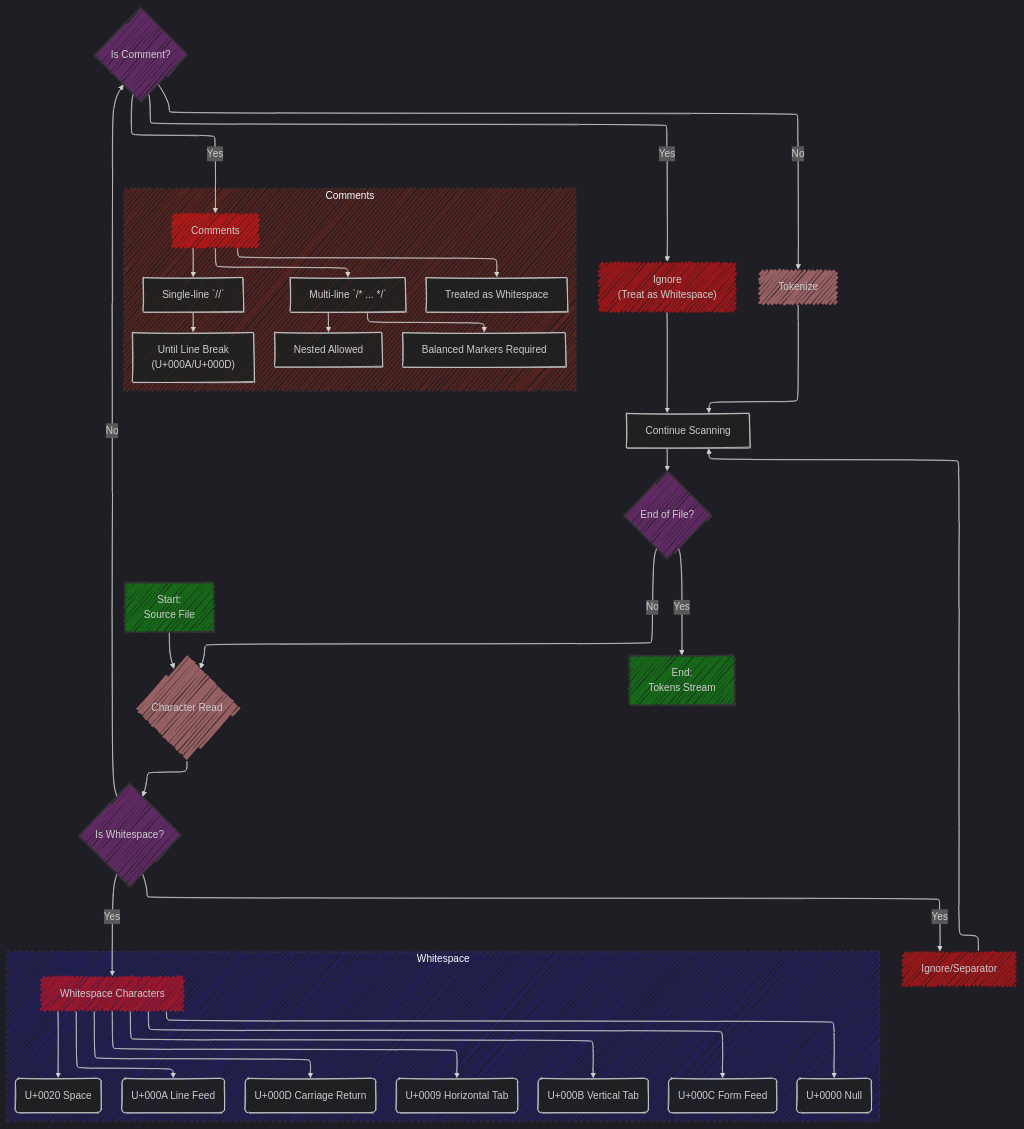
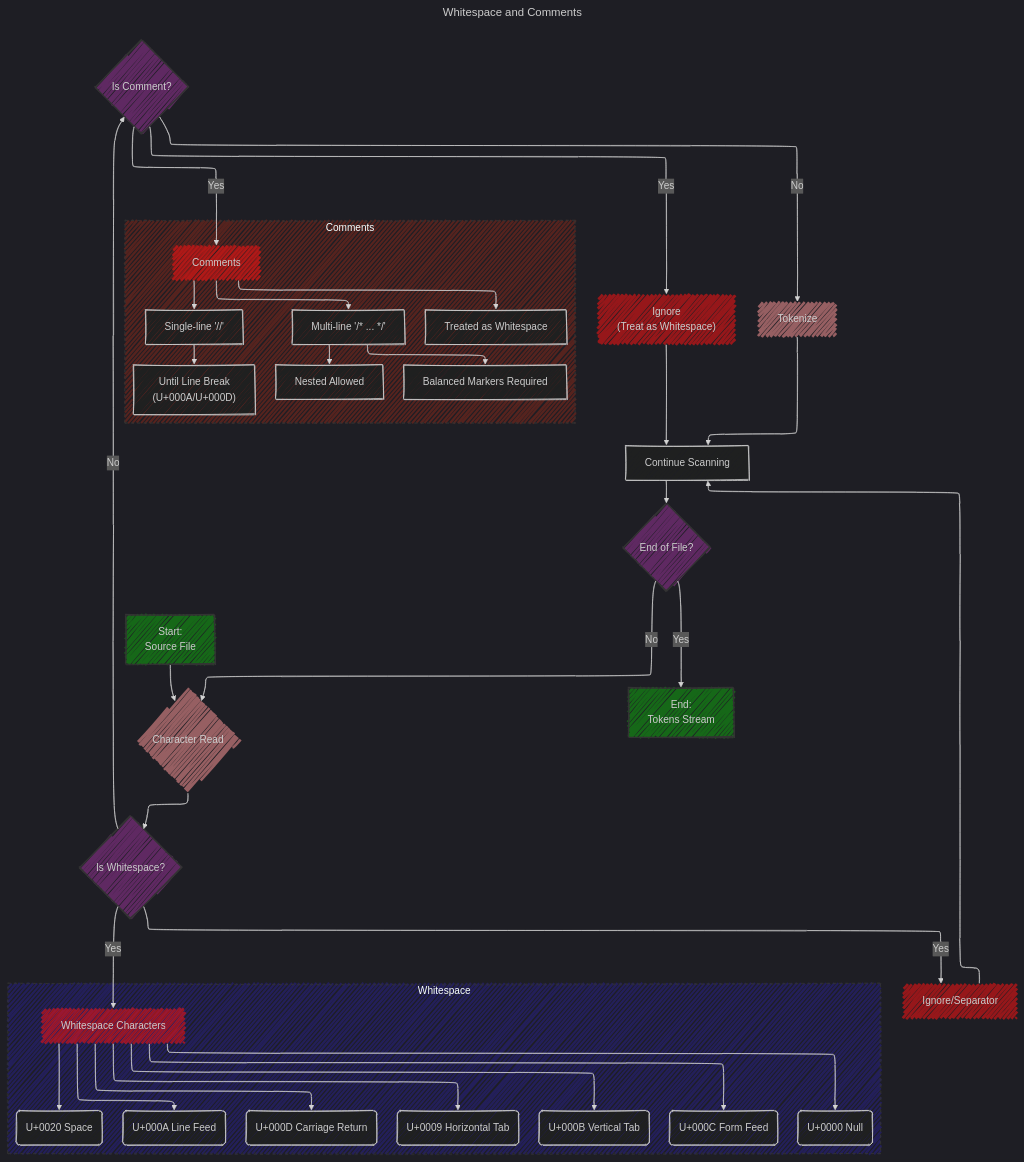
The second of 7 diagrams in Swift_book/Lexical_Structure_V1.md (CongLeSolutionX/iOS-development-vault), drawn with Mermaid before and after one commit. The commit also changed other lines of this file and 1 other file, not shown here.

````diff
--- a/Swift_book/Lexical_Structure_V1.md
+++ b/Swift_book/Lexical_Structure_V1.md
@@ -63,5 +63,6 @@
 ```mermaid
 ---
+title: Whitespace and Comments
 config:
   layout: elk
   look: handDrawn
@@ -89,9 +90,9 @@
     WG("U+0000 Null");
 
     CM["Comments"];
-    CMA["Single-line `//`"];
+    CMA["Single-line '//'"];
     CMA1["Until Line Break<br>(U+000A/U+000D)"];
-    CMB["Multi-line `/* ... */`"];
+    CMB["Multi-line '/* ... */'"];
     CMB1["Nested Allowed"];
     CMB2["Balanced Markers Required"];
     CMC["Treated as Whitespace"];
````
